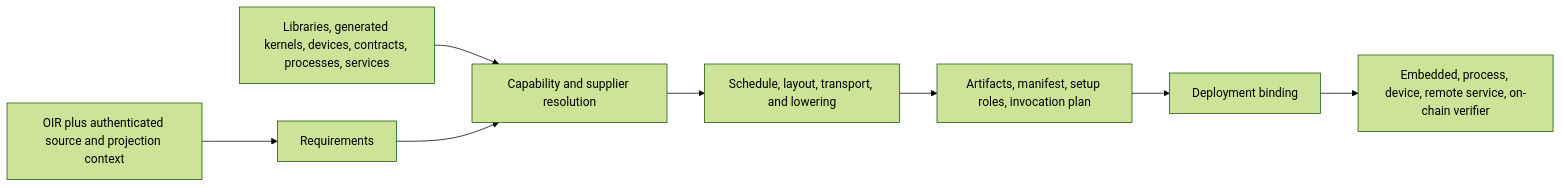
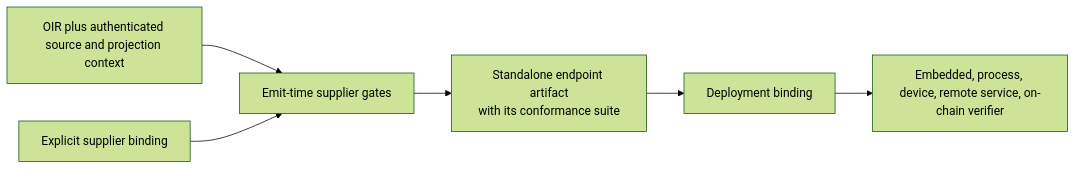
One commit to zkcompiler/zkc changed the fourth of 5 diagrams in docs/architecture.md. Above: the diagram before and after it, drawn with Mermaid (forest theme). The commit also changed other lines of this file and 6 other files, not shown here.

Commit message:
docs: recut realization as emission under explicit supplier bindings (#6)

````diff
--- a/docs/architecture.md
+++ b/docs/architecture.md
@@ -355,10 +381,8 @@
 ```mermaid
 flowchart LR
-  OIR["OIR plus authenticated source and projection context"] --> Req["Requirements"]
-  Offers["Libraries, generated kernels, devices, contracts, processes, services"] --> Res["Capability and supplier resolution"]
-  Req --> Res
-  Res --> Sched["Schedule, layout, transport, and lowering"]
-  Sched --> Pack["Artifacts, manifest, setup roles, invocation plan"]
-  Pack --> Deploy["Deployment binding"]
+  OIR["OIR plus authenticated source and projection context"] --> Gate["Emit-time supplier gates"]
+  Binding["Explicit supplier binding"] --> Gate
+  Gate --> Artifact["Standalone endpoint artifact\nwith its conformance suite"]
+  Artifact --> Deploy["Deployment binding"]
   Deploy --> Modes["Embedded, process, device, remote service, on-chain verifier"]
 ```
````
